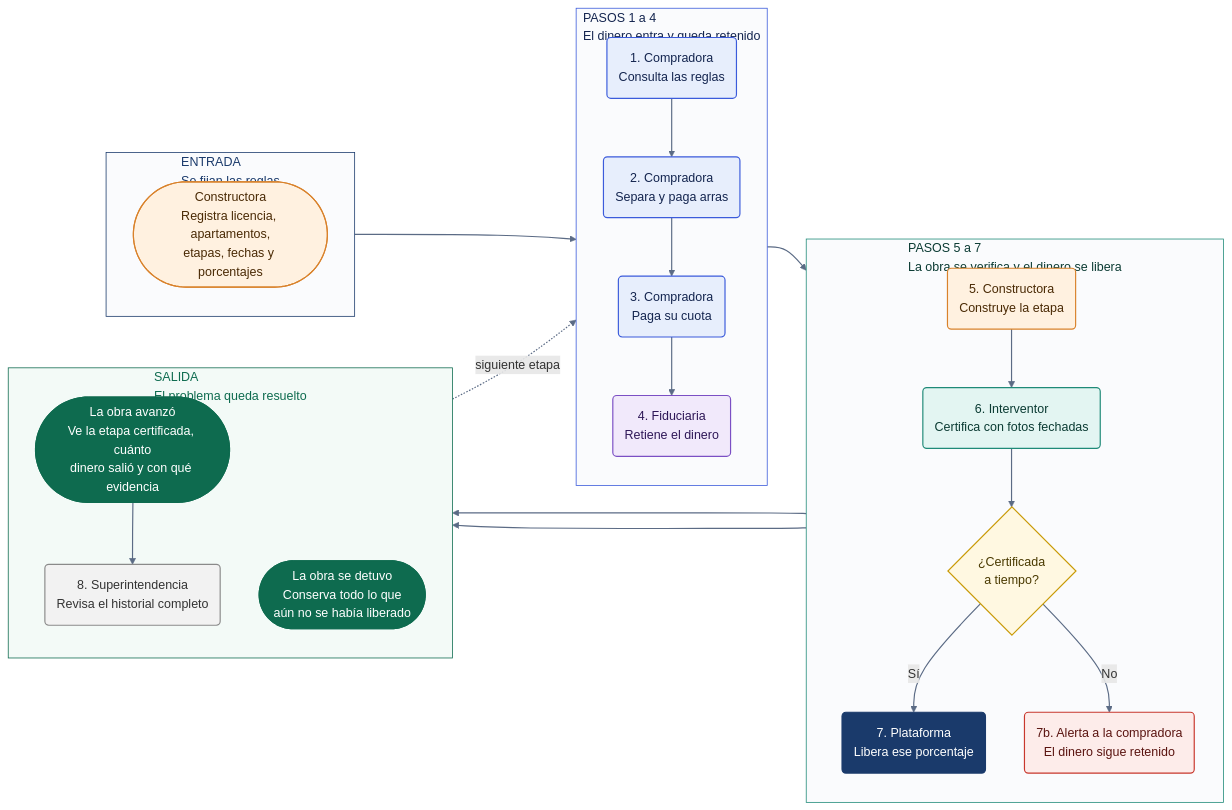
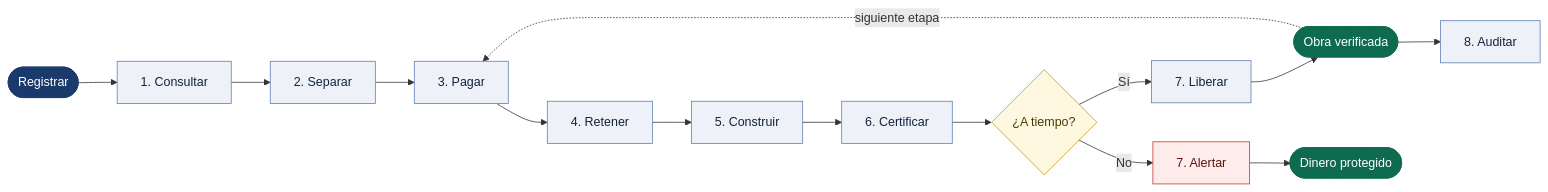
One commit to ViviendaStellar/Proyecto_Vivienda_Stellar changed the diagram in docs/Semana2/ProductBlueprint.md. Above: the diagram before and after it, drawn with Mermaid. The commit also changed other lines of this file, not shown here.

Commit message:
docs: Simplificar el diagrama del flujo y pasar el detalle a la tabla
El diagrama estaba cargado de texto. Ahora cada paso es un solo verbo
(registrar, consultar, separar, pagar, retener, construir, certificar,
liberar o alertar, auditar) y el detalle de cada uno pasa a la tabla,
que suma la columna Etapa para ubicar cada rol en entrada, aporte,
verificacion o salida.

````diff
--- a/docs/Semana2/ProductBlueprint.md
+++ b/docs/Semana2/ProductBlueprint.md
@@ -54,69 +54,20 @@
 ```mermaid
 flowchart LR
-    subgraph ENT["ENTRADA<br/>Se fijan las reglas"]
-        direction TB
-        E(["Constructora<br/>Registra licencia, apartamentos,<br/>etapas, fechas y porcentajes"])
-    end
-
-    subgraph APO["PASOS 1 a 4<br/>El dinero entra y queda retenido"]
-        direction TB
-        P1("1. Compradora<br/>Consulta las reglas")
-        P2("2. Compradora<br/>Separa y paga arras")
-        P3("3. Compradora<br/>Paga su cuota")
-        P4("4. Fiduciaria<br/>Retiene el dinero")
-        P1 --> P2 --> P3 --> P4
-    end
-
-    subgraph VER["PASOS 5 a 7<br/>La obra se verifica y el dinero se libera"]
-        direction TB
-        P5("5. Constructora<br/>Construye la etapa")
-        P6("6. Interventor<br/>Certifica con fotos fechadas")
-        D{"¿Certificada<br/>a tiempo?"}
-        P7("7. Plataforma<br/>Libera ese porcentaje")
-        AL("7b. Alerta a la compradora<br/>El dinero sigue retenido")
-        P5 --> P6 --> D
-        D -- Sí --> P7
-        D -- No --> AL
-    end
-
-    subgraph SAL["SALIDA<br/>El problema queda resuelto"]
-        direction TB
-        S1(["La obra avanzó<br/>Ve la etapa certificada, cuánto<br/>dinero salió y con qué evidencia"])
-        S2(["La obra se detuvo<br/>Conserva todo lo que<br/>aún no se había liberado"])
-        SIC("8. Superintendencia<br/>Revisa el historial completo")
-    end
-
-    E --> P1
-    P4 --> P5
-    P7 --> S1
-    AL --> S2
-    S1 --> SIC
+    E(["Registrar"]) --> P1["1. Consultar"] --> P2["2. Separar"] --> P3["3. Pagar"] --> P4["4. Retener"] --> P5["5. Construir"] --> P6["6. Certificar"] --> D{"¿A tiempo?"}
+    D -- Sí --> P7["7. Liberar"] --> S1(["Obra verificada"])
+    D -- No --> AL["7. Alertar"] --> S2(["Dinero protegido"])
+    S1 --> P8["8. Auditar"]
     S1 -. siguiente etapa .-> P3
 
-    classDef constructora fill:#FFF1E0,stroke:#D9822B,color:#4A2A05,stroke-width:1.5px
-    classDef compradora fill:#E7EEFC,stroke:#3B5BDB,color:#14254F,stroke-width:1.5px
-    classDef fiduciaria fill:#F1E9FB,stroke:#7B4FC4,color:#2E1757,stroke-width:1.5px
-    classDef interventor fill:#E3F5F2,stroke:#1F8A78,color:#0B3B33,stroke-width:1.5px
-    classDef plataforma fill:#1A3A6B,stroke:#1A3A6B,color:#FFFFFF,stroke-width:1.5px
-    classDef decision fill:#FFF8E1,stroke:#C99A06,color:#4A3A00,stroke-width:1.5px
-    classDef alerta fill:#FDECEA,stroke:#C8372D,color:#5A1410,stroke-width:1.5px
-    classDef salida fill:#0E6B4F,stroke:#0E6B4F,color:#FFFFFF,stroke-width:1.5px
-    classDef regulador fill:#F2F2F2,stroke:#8A8A8A,color:#333333,stroke-width:1.5px
+    classDef extremo fill:#1A3A6B,stroke:#1A3A6B,color:#FFFFFF
+    classDef paso fill:#EEF2F8,stroke:#5B7FB4,color:#12223D
+    classDef decision fill:#FFF8E1,stroke:#C99A06,color:#4A3A00
+    classDef alerta fill:#FDECEA,stroke:#C8372D,color:#5A1410
+    classDef salida fill:#0E6B4F,stroke:#0E6B4F,color:#FFFFFF
 
-    class E,P5 constructora
-    class P1,P2,P3 compradora
-    class P4 fiduciaria
-    class P6 interventor
-    class P7 plataforma
+    class E extremo
+    class P1,P2,P3,P4,P5,P6,P7,P8 paso
     class D decision
     class AL alerta
     class S1,S2 salida
-    class SIC regulador
-
-    style ENT fill:#FAFBFD,stroke:#1A3A6B,stroke-width:1px,color:#1A3A6B
-    style APO fill:#FAFBFD,stroke:#3B5BDB,stroke-width:1px,color:#14254F
-    style VER fill:#FAFBFD,stroke:#1F8A78,stroke-width:1px,color:#0B3B33
-    style SAL fill:#F3FAF7,stroke:#0E6B4F,stroke-width:1px,color:#0E6B4F
-
-    linkStyle default stroke:#5B6B85,stroke-width:1.5px
 ```
````
